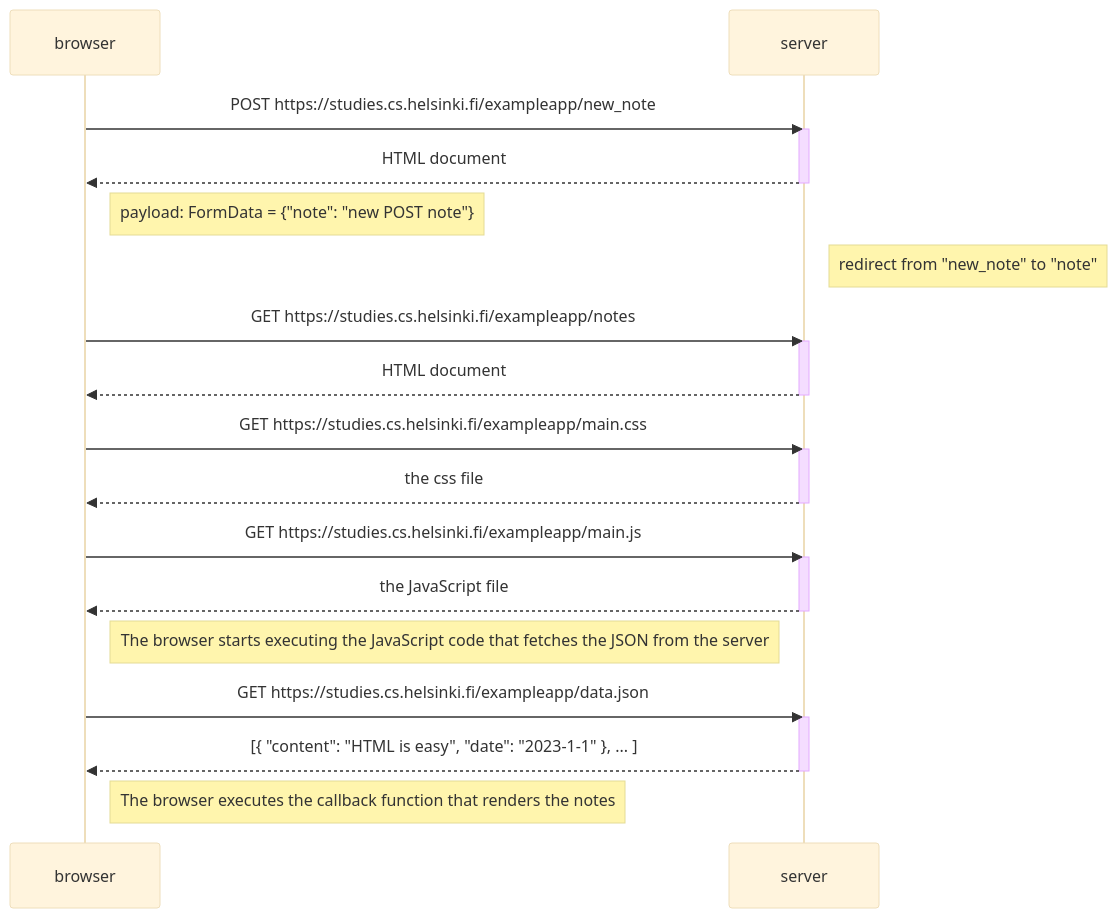
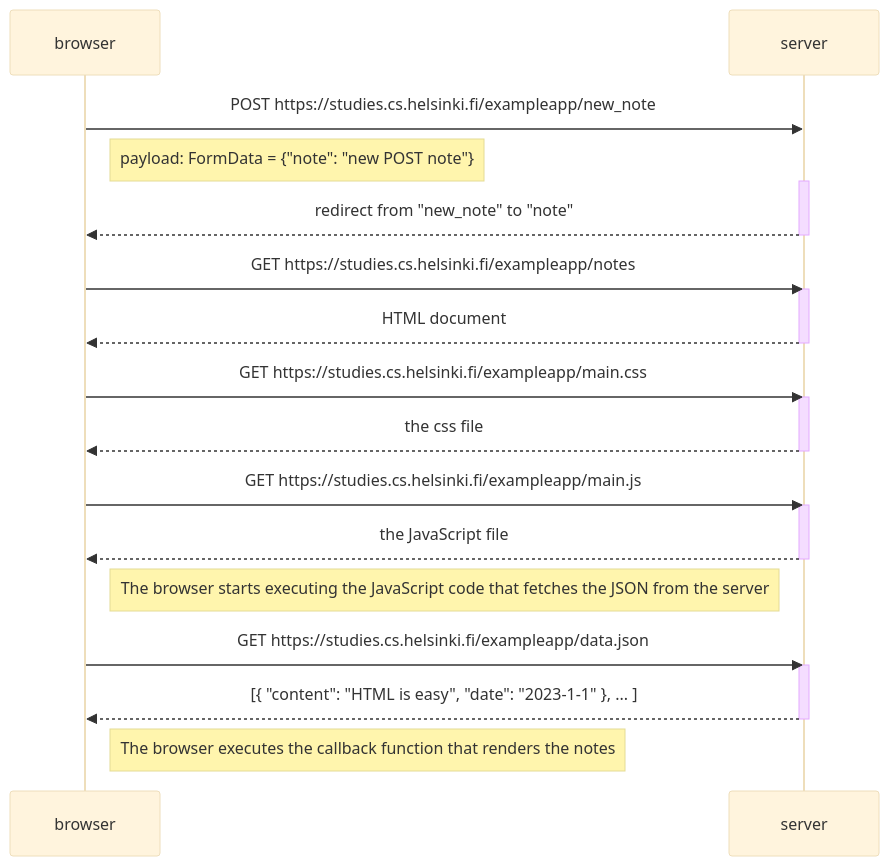
The diagram in README.md (snuber-w/fso-part-0), drawn with Mermaid (base theme) before and after one commit.

````diff
--- a/README.md
+++ b/README.md
@@ -5,37 +5,35 @@
 ```mermaid
 sequenceDiagram
     participant browser
     participant server
 
     browser->>server: POST https://studies.cs.helsinki.fi/exampleapp/new_note
+    Note right of browser: payload: FormData = {"note": "new POST note"}
     activate server
-    server-->>browser: HTML document
+    server-->>browser: redirect from "new_note" to "note"
     deactivate server
-
-    Note right of browser: payload: FormData = {"note": "new POST note"}
-    Note right of server: redirect from "new_note" to "note"
 
     browser->>server: GET https://studies.cs.helsinki.fi/exampleapp/notes
     activate server
     server-->>browser: HTML document
     deactivate server
 
     browser->>server: GET https://studies.cs.helsinki.fi/exampleapp/main.css
     activate server
     server-->>browser: the css file
     deactivate server
 
     browser->>server: GET https://studies.cs.helsinki.fi/exampleapp/main.js
     activate server
     server-->>browser: the JavaScript file
     deactivate server
 
     Note right of browser: The browser starts executing the JavaScript code that fetches the JSON from the server
 
     browser->>server: GET https://studies.cs.helsinki.fi/exampleapp/data.json
     activate server
     server-->>browser: [{ "content": "HTML is easy", "date": "2023-1-1" }, ... ]
     deactivate server
 
     Note right of browser: The browser executes the callback function that renders the notes
 ```
````
